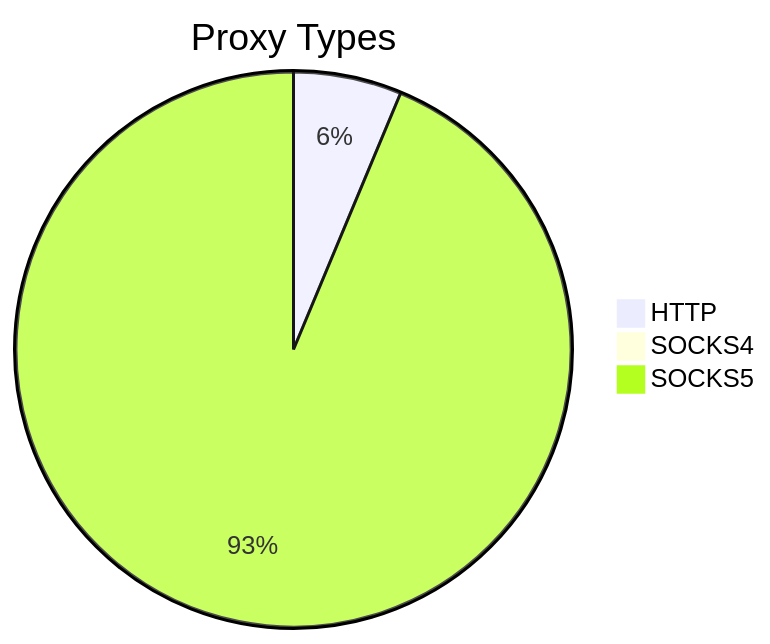
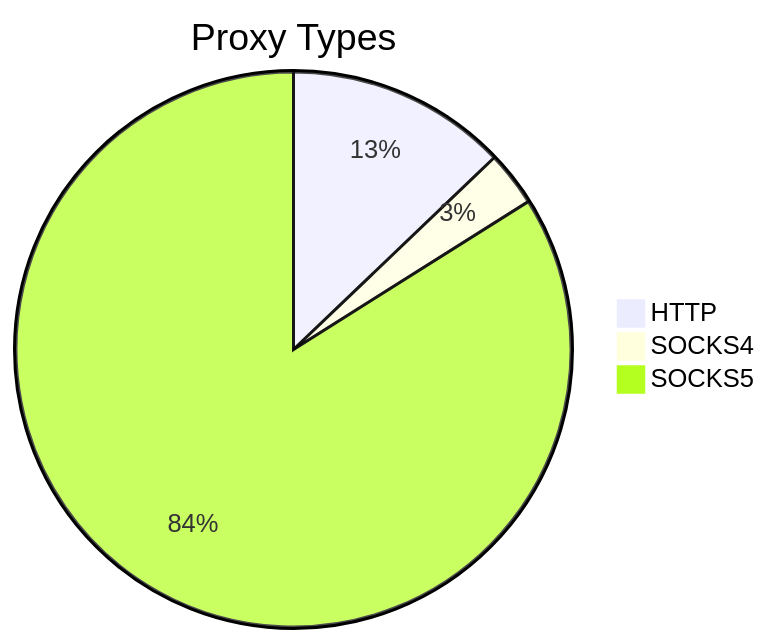
The first of 2 diagrams in README.md (stormsia/proxy-list), drawn with Mermaid before and after one commit. The commit also changed other lines of this file, not shown here.

````diff
--- a/README.md
+++ b/README.md
@@ -21,6 +21,6 @@
 ```mermaid
 pie title Proxy Types
-    "HTTP" : 111
-    "SOCKS4" : 7
-    "SOCKS5" : 1651
+    "HTTP" : 322
+    "SOCKS4" : 80
+    "SOCKS5" : 2102
 ```
````
